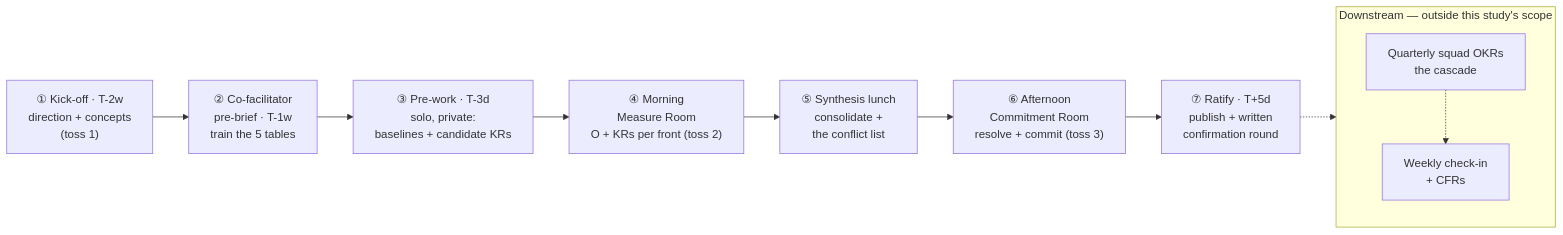
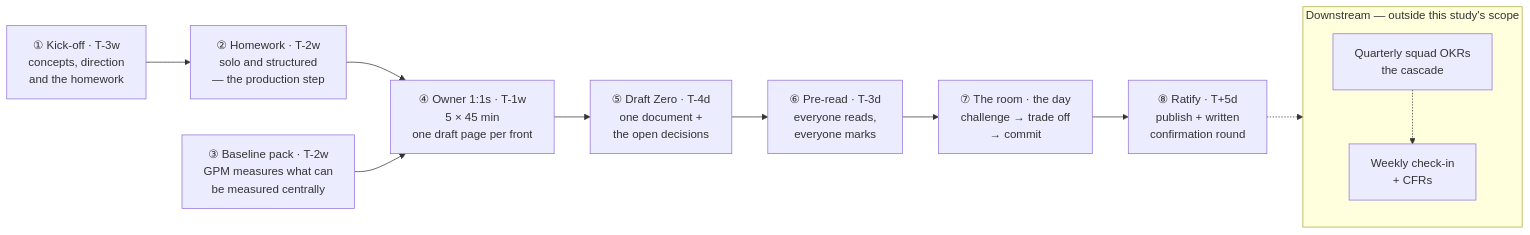
One commit to GustavoBertaco/daily-digest changed the diagram in studies/product-management/annual-okrs-from-the-long-term-vision.md. Above: the diagram before and after it, drawn with Mermaid. The commit also changed other lines of this file, not shown here.

````diff
--- a/studies/product-management/annual-okrs-from-the-long-term-vision.md
+++ b/studies/product-management/annual-okrs-from-the-long-term-vision.md
@@ -338,20 +378,22 @@
 ```mermaid
 flowchart LR
-    K["① Kick-off · T-2w<br/>direction + concepts<br/>(toss 1)"]
-    F["② Co-facilitator<br/>pre-brief · T-1w<br/>train the 5 tables"]
-    P["③ Pre-work · T-3d<br/>solo, private:<br/>baselines + candidate KRs"]
-    M["④ Morning<br/>Measure Room<br/>O + KRs per front (toss 2)"]
-    L["⑤ Synthesis lunch<br/>consolidate +<br/>the conflict list"]
-    A["⑥ Afternoon<br/>Commitment Room<br/>resolve + commit (toss 3)"]
-    R["⑦ Ratify · T+5d<br/>publish + written<br/>confirmation round"]
+    K["① Kick-off · T-3w<br/>concepts, direction<br/>and the homework"]
+    H["② Homework · T-2w<br/>solo and structured<br/>— the production step"]
+    B["③ Baseline pack · T-2w<br/>GPM measures what can<br/>be measured centrally"]
+    O["④ Owner 1:1s · T-1w<br/>5 × 45 min<br/>one draft page per front"]
+    D["⑤ Draft Zero · T-4d<br/>one document +<br/>the open decisions"]
+    P["⑥ Pre-read · T-3d<br/>everyone reads,<br/>everyone marks"]
+    R["⑦ The room · the day<br/>challenge → trade off<br/>→ commit"]
+    T["⑧ Ratify · T+5d<br/>publish + written<br/>confirmation round"]
 
-    K --> F --> P --> M --> L --> A --> R
-    R -.-> DS
+    K --> H --> O --> D --> P --> R --> T
+    B --> O
+    T -.-> DS
 
     subgraph DS["Downstream — outside this study's scope"]
         direction TB
         Q["Quarterly squad OKRs<br/>the cascade"]
         W["Weekly check-in<br/>+ CFRs"]
         Q -.-> W
     end
 ```
````
